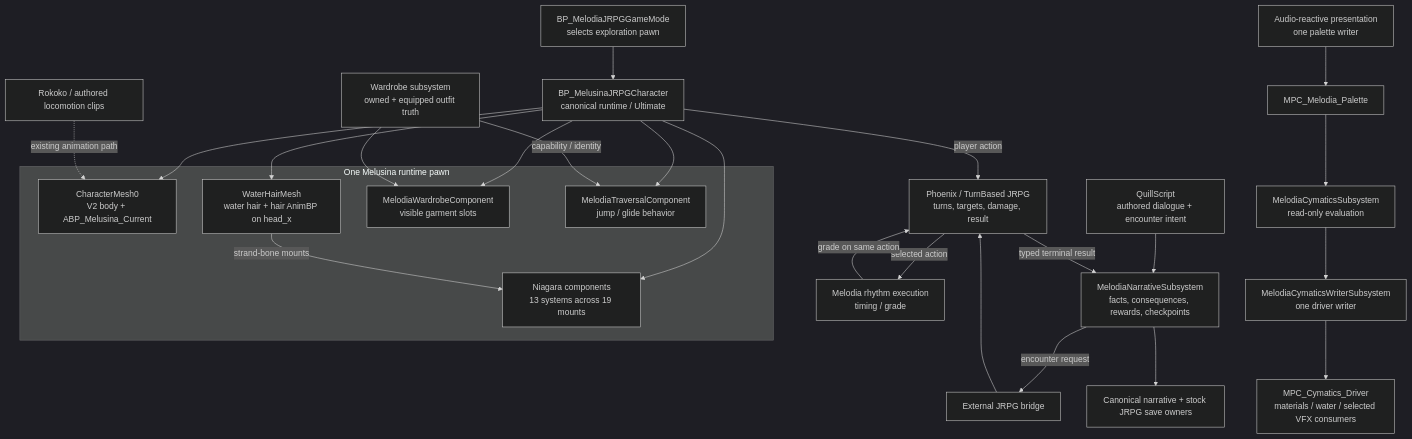
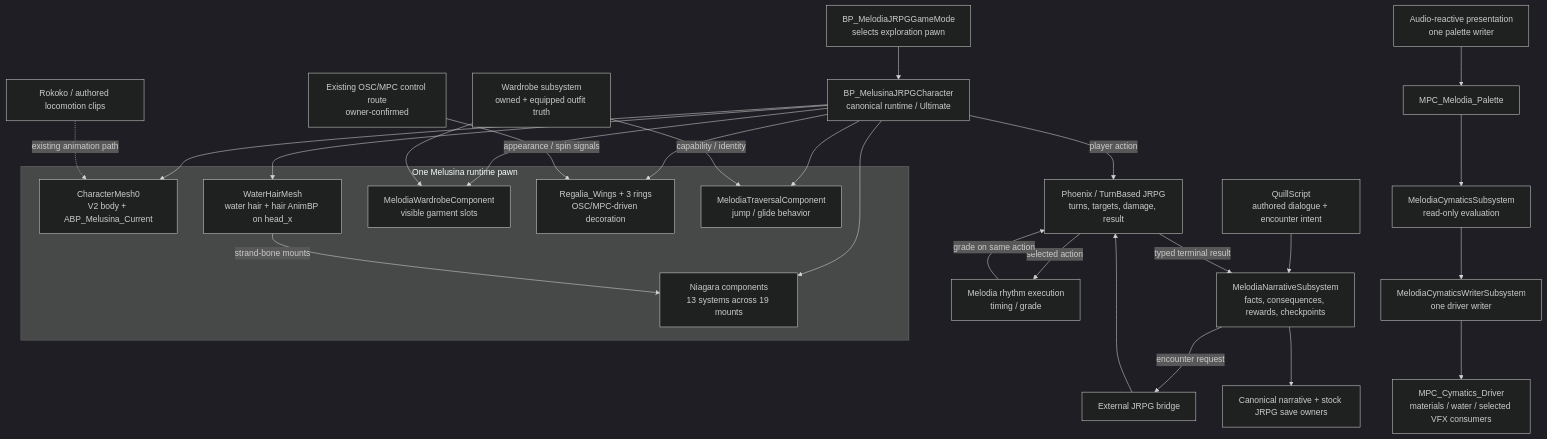
The second of 3 diagrams in SYSTEM_MAP.md (fromage3900/MelodiaMelusinaV2), drawn with Mermaid (dark theme) before and after one commit. The commit also changed other lines of this file and 3 other files, not shown here.

````diff
--- a/SYSTEM_MAP.md
+++ b/SYSTEM_MAP.md
@@ -122,36 +122,40 @@
 ```mermaid
 flowchart TB
   GM["BP_MelodiaJRPGGameMode<br/>selects exploration pawn"] --> HERO["BP_MelusinaJRPGCharacter<br/>canonical runtime / Ultimate"]
 
   subgraph ASSEMBLY["One Melusina runtime pawn"]
     BODY["CharacterMesh0<br/>V2 body + ABP_Melusina_Current"]
     HAIR["WaterHairMesh<br/>water hair + hair AnimBP on head_x"]
     GARMENTS["MelodiaWardrobeComponent<br/>visible garment slots"]
+    REGALIA["Regalia_Wings + 3 rings<br/>OSC/MPC-driven decoration"]
     TRAVEL["MelodiaTraversalComponent<br/>jump / glide behavior"]
     FX["Niagara components<br/>13 systems across 19 mounts"]
   end
   HERO --> BODY
   HERO --> HAIR
   HERO --> GARMENTS
+  HERO --> REGALIA
   HERO --> TRAVEL
   HERO --> FX
 
   MOTION["Rokoko / authored locomotion clips"] -.->|existing animation path| BODY
   WARDROBE["Wardrobe subsystem<br/>owned + equipped outfit truth"] --> GARMENTS
   WARDROBE -->|capability / identity| TRAVEL
   HAIR -->|strand-bone mounts| FX
+
+  CONTROL["Existing OSC/MPC control route<br/>owner-confirmed"] -->|appearance / spin signals| REGALIA
 
   QUILL["QuillScript<br/>authored dialogue + encounter intent"] --> NARRATIVE["MelodiaNarrativeSubsystem<br/>facts, consequences, rewards, checkpoints"]
   NARRATIVE -->|encounter request| BRIDGE["External JRPG bridge"]
   BRIDGE --> JRPG["Phoenix / TurnBased JRPG<br/>turns, targets, damage, result"]
   HERO -->|player action| JRPG
   JRPG -->|selected action| RHYTHM["Melodia rhythm execution<br/>timing / grade"]
   RHYTHM -->|grade on same action| JRPG
   JRPG -->|typed terminal result| NARRATIVE
   NARRATIVE --> SAVE["Canonical narrative + stock JRPG save owners"]
 
   AUDIO["Audio-reactive presentation<br/>one palette writer"] --> PALETTE["MPC_Melodia_Palette"]
   PALETTE --> CYMATICS["MelodiaCymaticsSubsystem<br/>read-only evaluation"]
   CYMATICS --> DRIVER["MelodiaCymaticsWriterSubsystem<br/>one driver writer"]
   DRIVER --> CONSUMERS["MPC_Cymatics_Driver<br/>materials / water / selected VFX consumers"]
 ```
````
